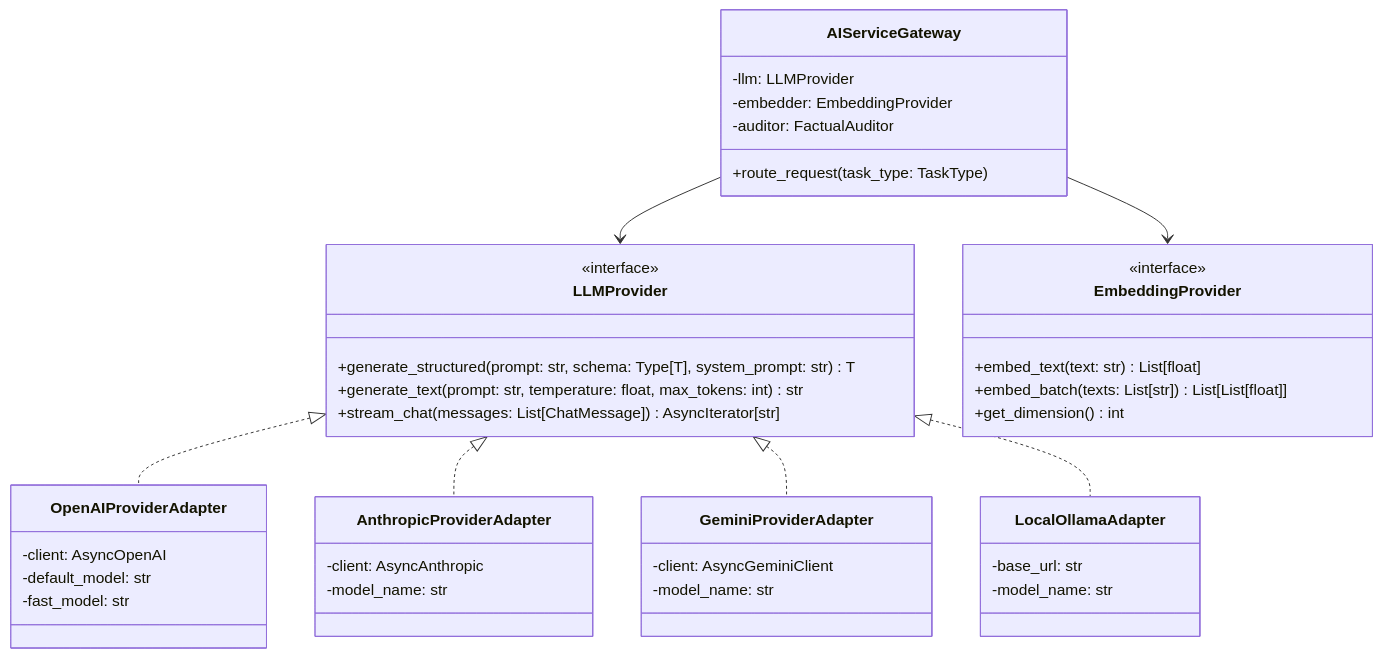
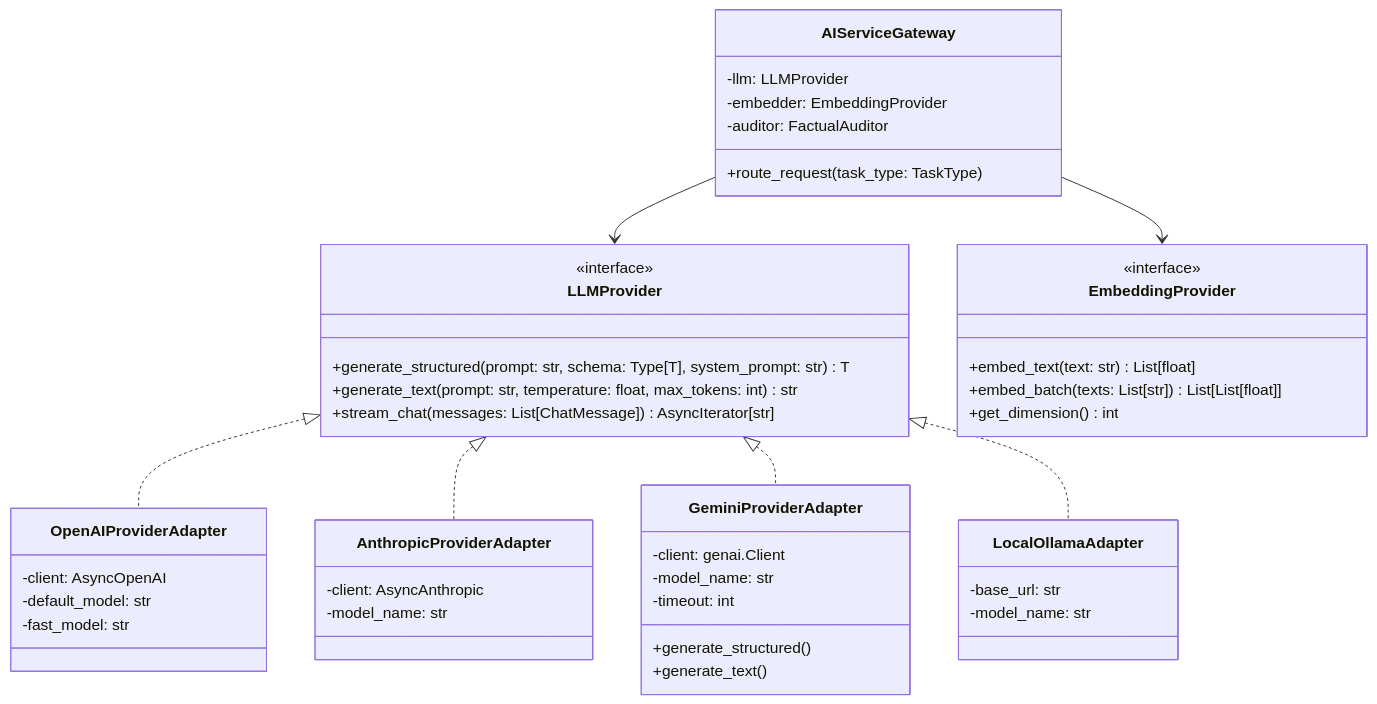
One commit to SharmaaAnmol/CoachPath changed the second of 4 diagrams in docs/ai-architecture.md. Above: the diagram before and after it, drawn with Mermaid. The commit also changed 140 other files, not shown here.

````diff
--- a/docs/ai-architecture.md
+++ b/docs/ai-architecture.md
@@ -74,49 +74,52 @@
 ```mermaid
 classDiagram
     class LLMProvider {
         <<interface>>
         +generate_structured(prompt: str, schema: Type[T], system_prompt: str) T
         +generate_text(prompt: str, temperature: float, max_tokens: int) str
         +stream_chat(messages: List[ChatMessage]) AsyncIterator[str]
     }
 
     class EmbeddingProvider {
         <<interface>>
         +embed_text(text: str) List[float]
         +embed_batch(texts: List[str]) List[List[float]]
         +get_dimension() int
     }
 
     class OpenAIProviderAdapter {
         -client: AsyncOpenAI
         -default_model: str
         -fast_model: str
     }
     class AnthropicProviderAdapter {
         -client: AsyncAnthropic
         -model_name: str
     }
     class GeminiProviderAdapter {
-        -client: AsyncGeminiClient
+        -client: genai.Client
         -model_name: str
+        -timeout: int
+        +generate_structured()
+        +generate_text()
     }
     class LocalOllamaAdapter {
         -base_url: str
         -model_name: str
     }
 
     LLMProvider <|.. OpenAIProviderAdapter
     LLMProvider <|.. AnthropicProviderAdapter
     LLMProvider <|.. GeminiProviderAdapter
     LLMProvider <|.. LocalOllamaAdapter
 
     class AIServiceGateway {
         -llm: LLMProvider
         -embedder: EmbeddingProvider
         -auditor: FactualAuditor
         +route_request(task_type: TaskType)
     }
 
     AIServiceGateway --> LLMProvider
     AIServiceGateway --> EmbeddingProvider
 ```
````
